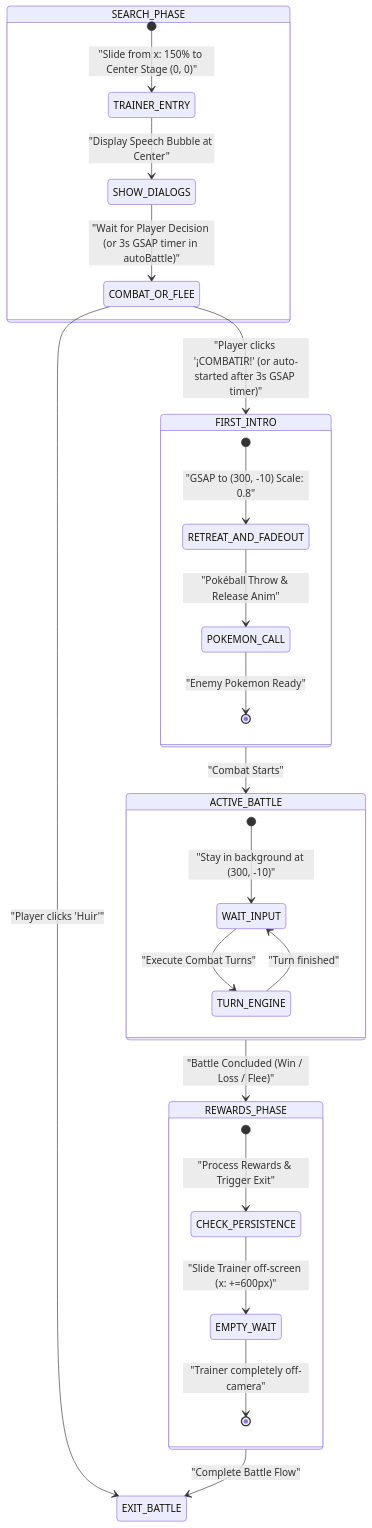
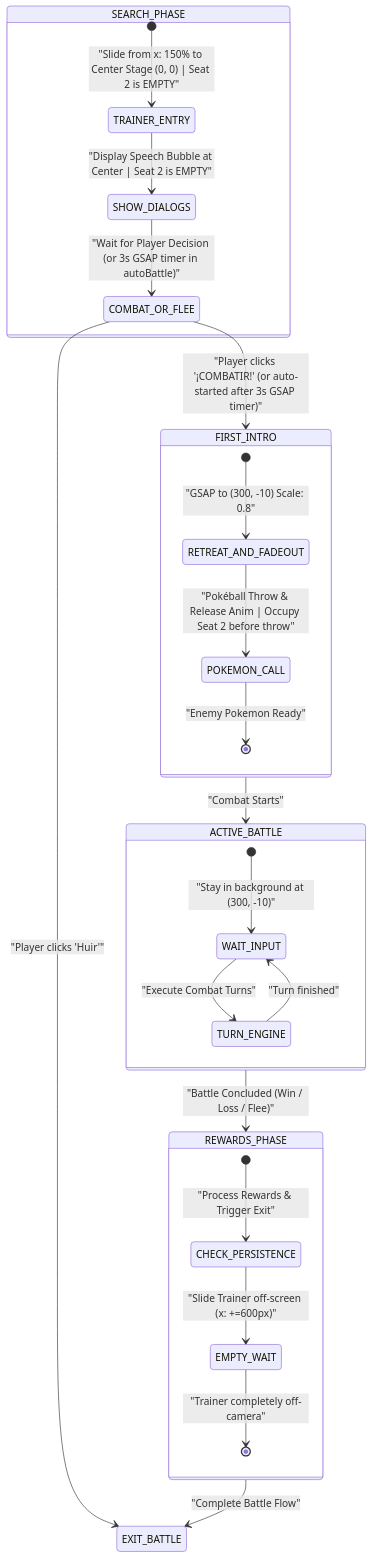
The seventh of 24 diagrams in .agents/skills/project-standards/references/battle/battle_mechanics_manual.md (Darkham77/PokeBorrador), drawn with Mermaid before and after one commit. The commit also changed other lines of this file and 81 other files, not shown here.

````diff
--- a/.agents/skills/project-standards/references/battle/battle_mechanics_manual.md
+++ b/.agents/skills/project-standards/references/battle/battle_mechanics_manual.md
@@ -585,35 +622,35 @@
 ```mermaid
 stateDiagram-v2
     state SEARCH_PHASE {
-        [*] --> TRAINER_ENTRY : "Slide from x: 150% to Center Stage (0, 0)"
-        TRAINER_ENTRY --> SHOW_DIALOGS : "Display Speech Bubble at Center"
+        [*] --> TRAINER_ENTRY : "Slide from x: 150% to Center Stage (0, 0) | Seat 2 is EMPTY"
+        TRAINER_ENTRY --> SHOW_DIALOGS : "Display Speech Bubble at Center | Seat 2 is EMPTY"
         SHOW_DIALOGS --> COMBAT_OR_FLEE : "Wait for Player Decision (or 3s GSAP timer in autoBattle)"
     }
 
     COMBAT_OR_FLEE --> FIRST_INTRO : "Player clicks '¡COMBATIR!' (or auto-started after 3s GSAP timer)"
     COMBAT_OR_FLEE --> EXIT_BATTLE : "Player clicks 'Huir'"
 
     state FIRST_INTRO {
         [*] --> RETREAT_AND_FADEOUT : "GSAP to (300, -10) Scale: 0.8"
-        RETREAT_AND_FADEOUT --> POKEMON_CALL : "Pokéball Throw & Release Anim"
+        RETREAT_AND_FADEOUT --> POKEMON_CALL : "Pokéball Throw & Release Anim | Occupy Seat 2 before throw"
         POKEMON_CALL --> [*] : "Enemy Pokemon Ready"
     }
 
     FIRST_INTRO --> ACTIVE_BATTLE : "Combat Starts"
 
     state ACTIVE_BATTLE {
         [*] --> WAIT_INPUT : "Stay in background at (300, -10)"
         WAIT_INPUT --> TURN_ENGINE : "Execute Combat Turns"
         TURN_ENGINE --> WAIT_INPUT : "Turn finished"
     }
 
     ACTIVE_BATTLE --> REWARDS_PHASE : "Battle Concluded (Win / Loss / Flee)"
 
     state REWARDS_PHASE {
         [*] --> CHECK_PERSISTENCE : "Process Rewards & Trigger Exit"
         CHECK_PERSISTENCE --> EMPTY_WAIT : "Slide Trainer off-screen (x: +=600px)"
         EMPTY_WAIT --> [*] : "Trainer completely off-camera"
     }
 
     REWARDS_PHASE --> EXIT_BATTLE : "Complete Battle Flow"
 ```
````
